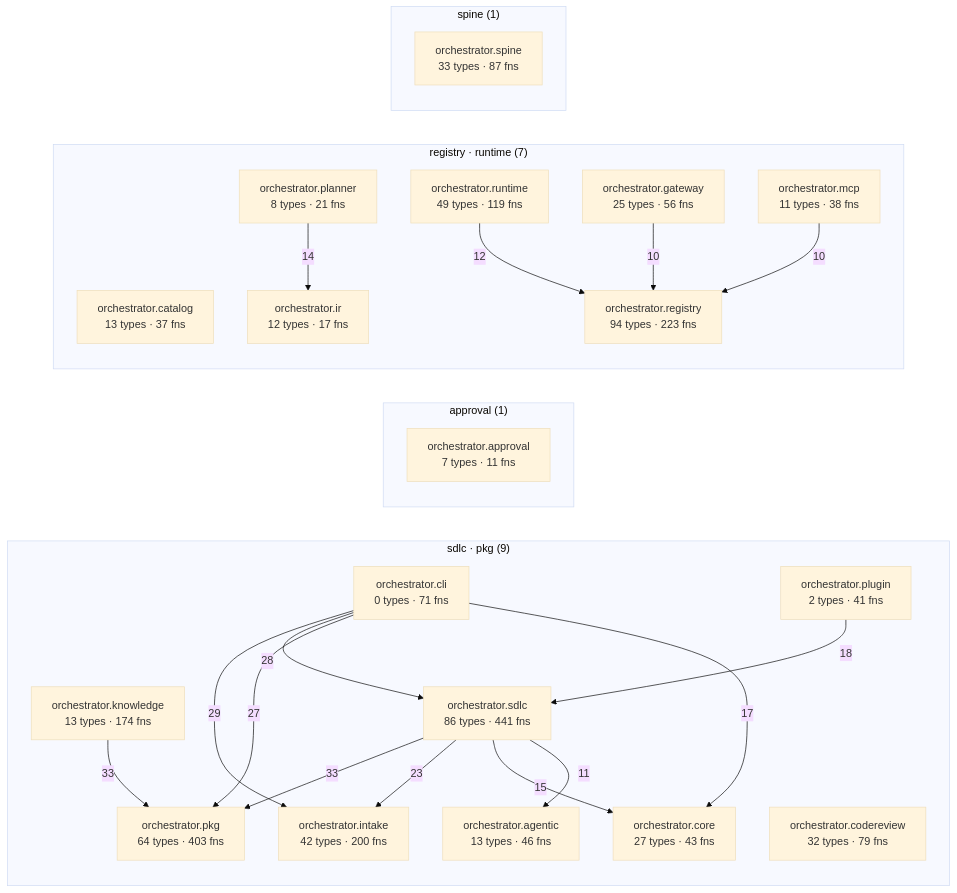
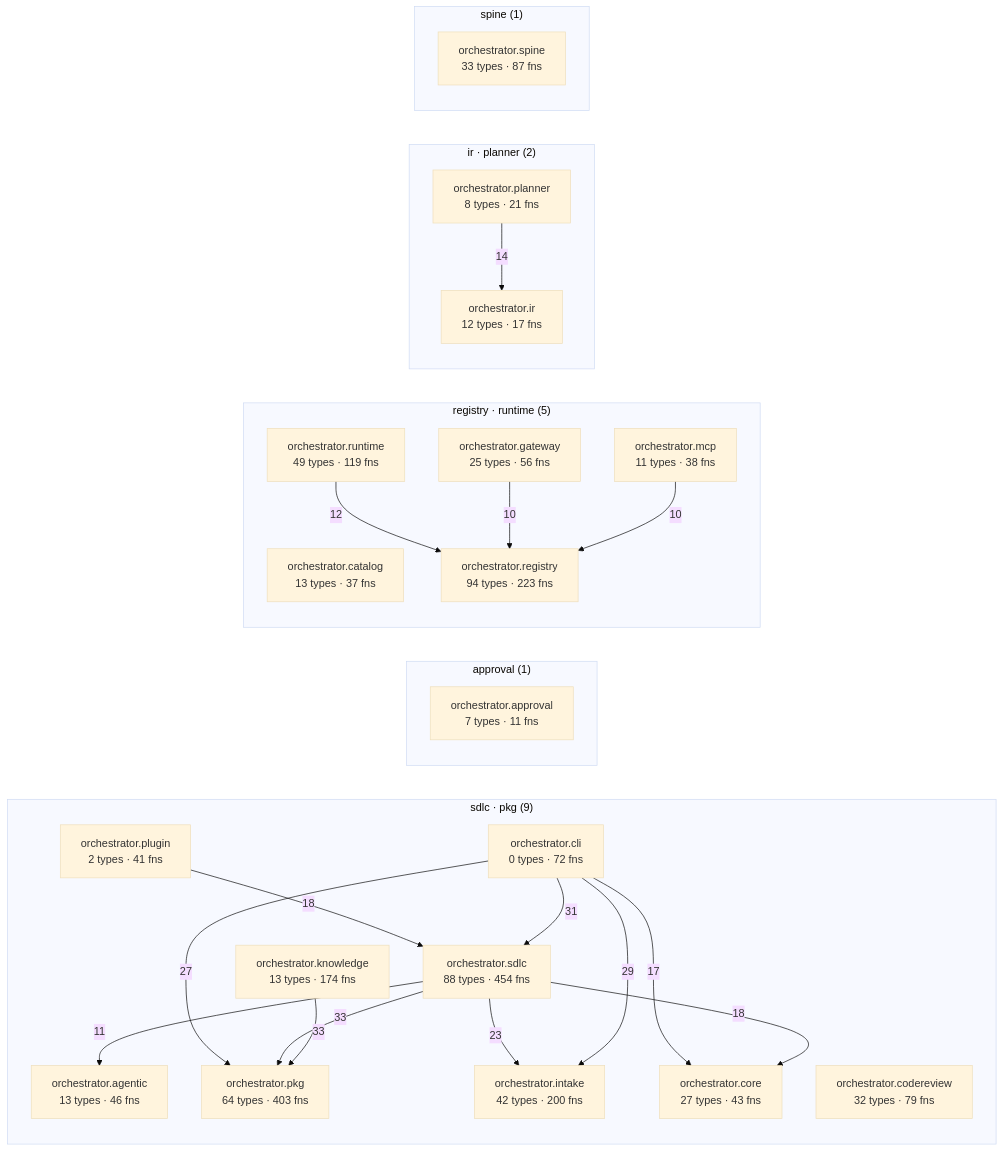
One commit to synaptixs/spine changed the diagram in episteme/architecture.md. Above: the diagram before and after it, drawn with Mermaid (base theme). The commit also changed other lines of this file and 21 other files, not shown here.

````diff
--- a/episteme/architecture.md
+++ b/episteme/architecture.md
@@ -54,43 +54,45 @@
 ```mermaid
 flowchart LR
   subgraph c_1["sdlc · pkg (9)"]
     aorchestratoragentic["orchestrator.agentic<br/>13 types · 46 fns"]
-    aorchestratorcli["orchestrator.cli<br/>0 types · 71 fns"]
+    aorchestratorcli["orchestrator.cli<br/>0 types · 72 fns"]
     aorchestratorcodereview["orchestrator.codereview<br/>32 types · 79 fns"]
     aorchestratorcore["orchestrator.core<br/>27 types · 43 fns"]
     aorchestratorintake["orchestrator.intake<br/>42 types · 200 fns"]
     aorchestratorknowledge["orchestrator.knowledge<br/>13 types · 174 fns"]
     aorchestratorpkg["orchestrator.pkg<br/>64 types · 403 fns"]
     aorchestratorplugin["orchestrator.plugin<br/>2 types · 41 fns"]
-    aorchestratorsdlc["orchestrator.sdlc<br/>86 types · 441 fns"]
+    aorchestratorsdlc["orchestrator.sdlc<br/>88 types · 454 fns"]
   end
   subgraph c_2["approval (1)"]
     aorchestratorapproval["orchestrator.approval<br/>7 types · 11 fns"]
   end
-  subgraph c_3["registry · runtime (7)"]
+  subgraph c_3["registry · runtime (5)"]
     aorchestratorcatalog["orchestrator.catalog<br/>13 types · 37 fns"]
     aorchestratorgateway["orchestrator.gateway<br/>25 types · 56 fns"]
-    aorchestratorir["orchestrator.ir<br/>12 types · 17 fns"]
     aorchestratormcp["orchestrator.mcp<br/>11 types · 38 fns"]
-    aorchestratorplanner["orchestrator.planner<br/>8 types · 21 fns"]
     aorchestratorregistry["orchestrator.registry<br/>94 types · 223 fns"]
     aorchestratorruntime["orchestrator.runtime<br/>49 types · 119 fns"]
   end
-  subgraph c_10["spine (1)"]
+  subgraph c_7["ir · planner (2)"]
+    aorchestratorir["orchestrator.ir<br/>12 types · 17 fns"]
+    aorchestratorplanner["orchestrator.planner<br/>8 types · 21 fns"]
+  end
+  subgraph c_11["spine (1)"]
     aorchestratorspine["orchestrator.spine<br/>33 types · 87 fns"]
   end
   aorchestratorknowledge -->|33| aorchestratorpkg
   aorchestratorsdlc -->|33| aorchestratorpkg
+  aorchestratorcli -->|31| aorchestratorsdlc
   aorchestratorcli -->|29| aorchestratorintake
-  aorchestratorcli -->|28| aorchestratorsdlc
   aorchestratorcli -->|27| aorchestratorpkg
   aorchestratorsdlc -->|23| aorchestratorintake
   aorchestratorplugin -->|18| aorchestratorsdlc
+  aorchestratorsdlc -->|18| aorchestratorcore
   aorchestratorcli -->|17| aorchestratorcore
-  aorchestratorsdlc -->|15| aorchestratorcore
   aorchestratorplanner -->|14| aorchestratorir
   aorchestratorruntime -->|12| aorchestratorregistry
   aorchestratorsdlc -->|11| aorchestratoragentic
   aorchestratorgateway -->|10| aorchestratorregistry
   aorchestratormcp -->|10| aorchestratorregistry
 ```
````
